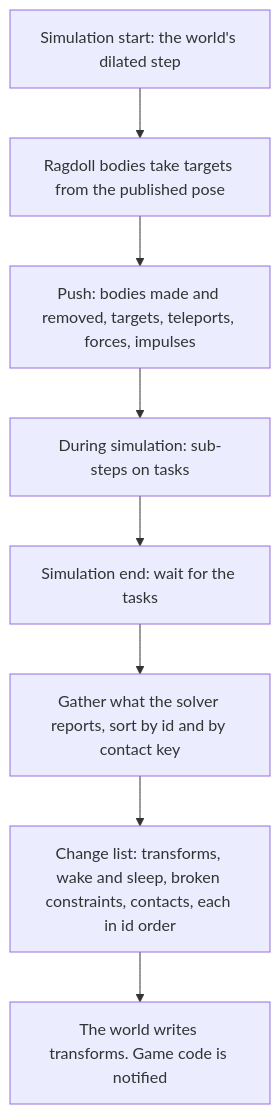
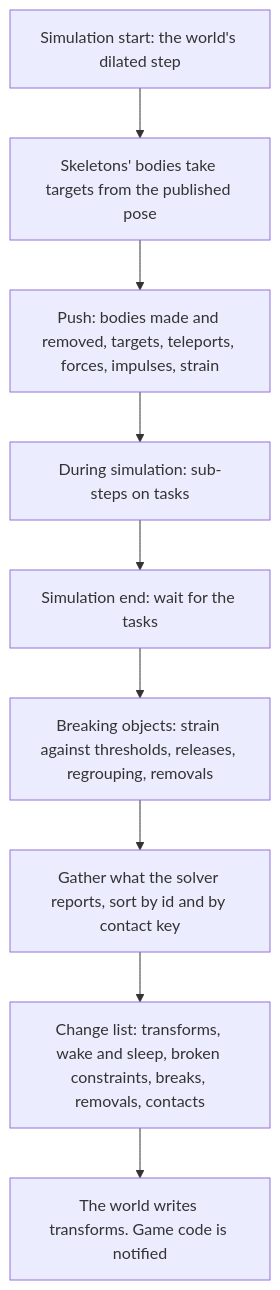
The third of 4 diagrams in docs/architecture/physics.md (plainsight-systems/bullet-witch), drawn with Mermaid before and after one commit. The commit also changed other lines of this file and 2 other files, not shown here.

First line of the commit message:
Physics: objects that break as clusters of pieces with strain and thresholds, bodies of a skeleton with weights, per-shape switches and masks, and a hit that names its shape, bone or piece

````diff
--- a/docs/architecture/physics.md
+++ b/docs/architecture/physics.md
@@ -163,10 +235,11 @@
 ```mermaid
 flowchart TD
-    A["Simulation start: the world's dilated step"] --> B["Ragdoll bodies take targets from the published pose"]
-    B --> C["Push: bodies made and removed, targets, teleports, forces, impulses"]
+    A["Simulation start: the world's dilated step"] --> B["Skeletons' bodies take targets from the published pose"]
+    B --> C["Push: bodies made and removed, targets, teleports, forces, impulses, strain"]
     C --> D["During simulation: sub-steps on tasks"]
     D --> E["Simulation end: wait for the tasks"]
-    E --> F["Gather what the solver reports, sort by id and by contact key"]
-    F --> G["Change list: transforms, wake and sleep, broken constraints, contacts, each in id order"]
-    G --> H["The world writes transforms. Game code is notified"]
+    E --> F["Breaking objects: strain against thresholds, releases, regrouping, removals"]
+    F --> G["Gather what the solver reports, sort by id and by contact key"]
+    G --> H["Change list: transforms, wake and sleep, broken constraints, breaks, removals, contacts"]
+    H --> I["The world writes transforms. Game code is notified"]
 ```
````
